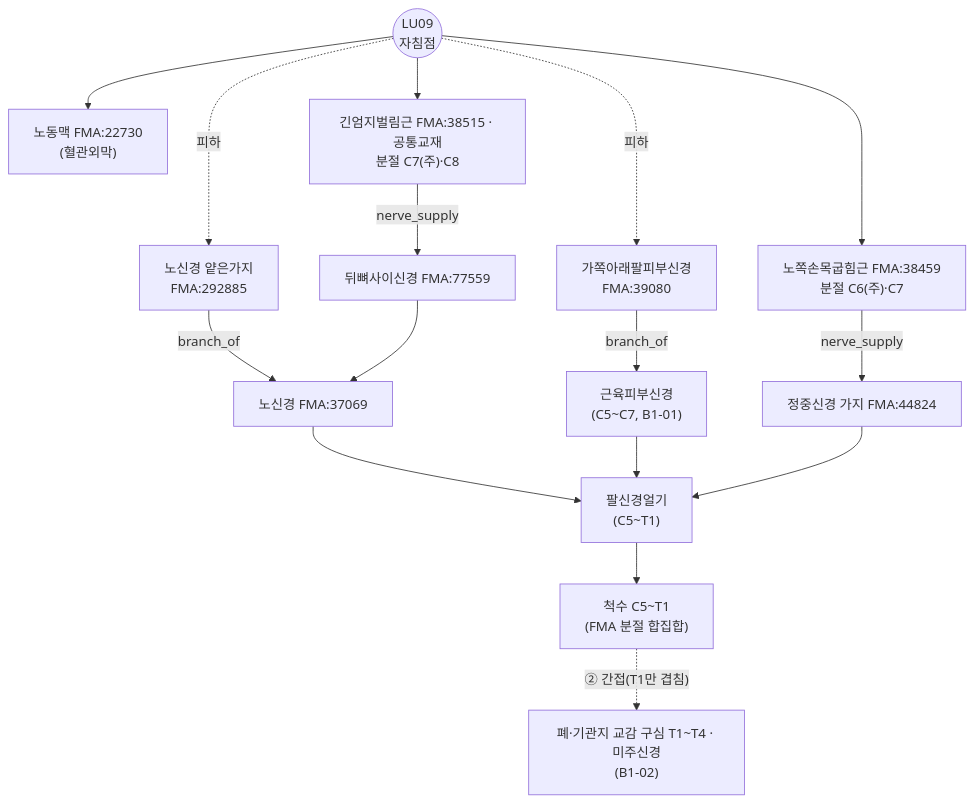
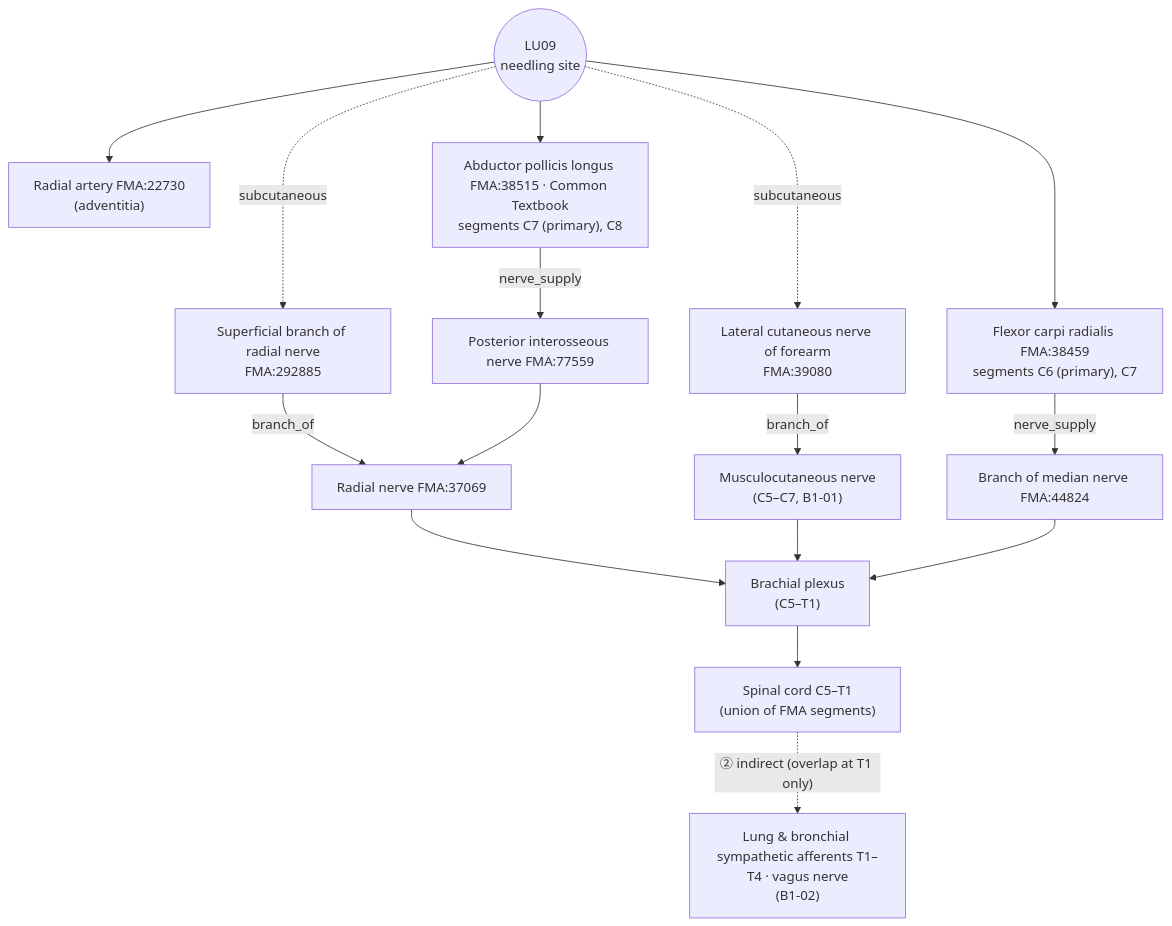
One commit to jaehyokim-sketch/acupoint_anatomy changed the diagram in 01_경혈별_해부생리_분석보고서/LU_수태음폐경/LU09_태연/LU09_태연_해부생리_실체판명_보고서_en.md. Above: the diagram before and after it, drawn with Mermaid. The commit also changed other lines of this file and 199 other files, not shown here.

````diff
--- a/01_경혈별_해부생리_분석보고서/LU_수태음폐경/LU09_태연/LU09_태연_해부생리_실체판명_보고서_en.md
+++ b/01_경혈별_해부생리_분석보고서/LU_수태음폐경/LU09_태연/LU09_태연_해부생리_실체판명_보고서_en.md
@@ -165,17 +167,17 @@
 ```mermaid
 flowchart TB
-  P(("LU09<br/>자침점")) -.피하.-> LACN["가쪽아래팔피부신경<br/>FMA:39080"]
-  P -.피하.-> SBRN["노신경 얕은가지<br/>FMA:292885"]
-  P --> RA["노동맥 FMA:22730<br/>(혈관외막)"]
-  P --> FCR["노쪽손목굽힘근 FMA:38459<br/>분절 C6(주)·C7"]
-  P --> APL["긴엄지벌림근 FMA:38515 · 공통교재<br/>분절 C7(주)·C8"]
-  LACN -- "branch_of" --> MC["근육피부신경<br/>(C5~C7, B1-01)"]
-  SBRN -- "branch_of" --> RN["노신경 FMA:37069"]
-  APL -- "nerve_supply" --> PIN["뒤뼈사이신경 FMA:77559"] --> RN
-  FCR -- "nerve_supply" --> MN["정중신경 가지 FMA:44824"]
-  RN --> BP["팔신경얼기<br/>(C5~T1)"]
+  P(("LU09<br/>needling site")) -.subcutaneous.-> LACN["Lateral cutaneous nerve of forearm<br/>FMA:39080"]
+  P -.subcutaneous.-> SBRN["Superficial branch of radial nerve<br/>FMA:292885"]
+  P --> RA["Radial artery FMA:22730<br/>(adventitia)"]
+  P --> FCR["Flexor carpi radialis FMA:38459<br/>segments C6 (primary), C7"]
+  P --> APL["Abductor pollicis longus FMA:38515 · Common Textbook<br/>segments C7 (primary), C8"]
+  LACN -- "branch_of" --> MC["Musculocutaneous nerve<br/>(C5–C7, B1-01)"]
+  SBRN -- "branch_of" --> RN["Radial nerve FMA:37069"]
+  APL -- "nerve_supply" --> PIN["Posterior interosseous nerve FMA:77559"] --> RN
+  FCR -- "nerve_supply" --> MN["Branch of median nerve FMA:44824"]
+  RN --> BP["Brachial plexus<br/>(C5–T1)"]
   MC --> BP
   MN --> BP
-  BP --> SEG["척수 C5~T1<br/>(FMA 분절 합집합)"]
-  SEG -. "② 간접(T1만 겹침)" .-> LUNG["폐·기관지 교감 구심 T1~T4 · 미주신경<br/>(B1-02)"]
+  BP --> SEG["Spinal cord C5–T1<br/>(union of FMA segments)"]
+  SEG -. "② indirect (overlap at T1 only)" .-> LUNG["Lung & bronchial sympathetic afferents T1–T4 · vagus nerve<br/>(B1-02)"]
 ```
````
